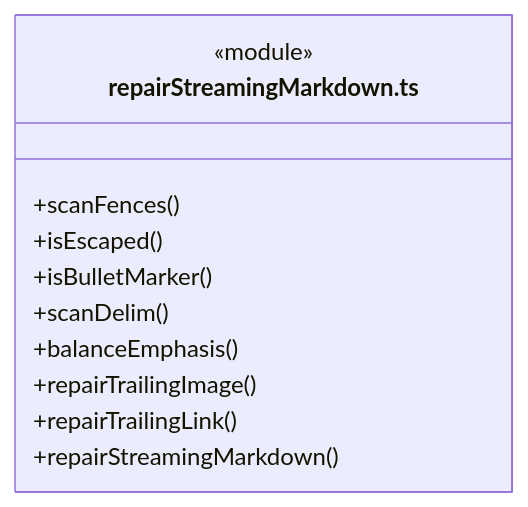
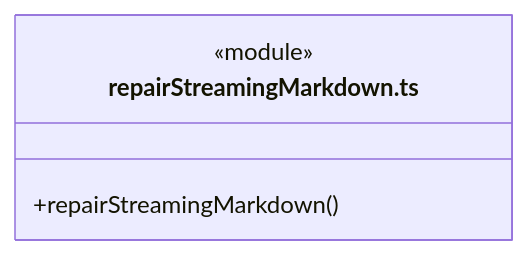
Diagram 17 of 33 in src/frontend/conversation/ARCHITECTURE.md (nan023062/cbim), drawn with Mermaid before and after one commit. The commit also changed other lines of this file and 240 other files, not shown here.

````diff
--- a/src/frontend/conversation/ARCHITECTURE.md
+++ b/src/frontend/conversation/ARCHITECTURE.md
@@ -213,14 +235,7 @@
 ```mermaid
 classDiagram
 class N_src_frontend_conversation_repairStreamingMarkdown_ts["repairStreamingMarkdown.ts"] {
   <<module>>
-  +scanFences()
-  +isEscaped()
-  +isBulletMarker()
-  +scanDelim()
-  +balanceEmphasis()
-  +repairTrailingImage()
-  +repairTrailingLink()
   +repairStreamingMarkdown()
 }
 ```
````
